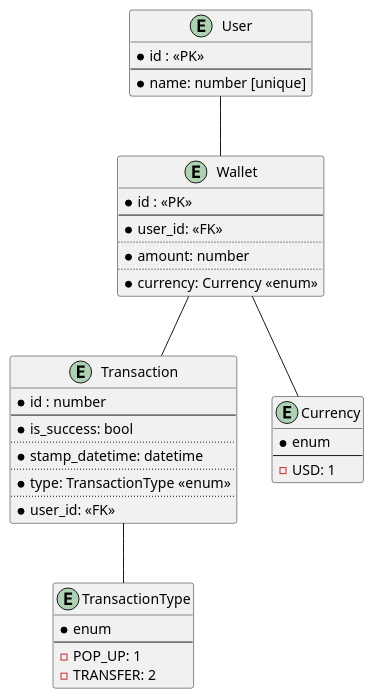
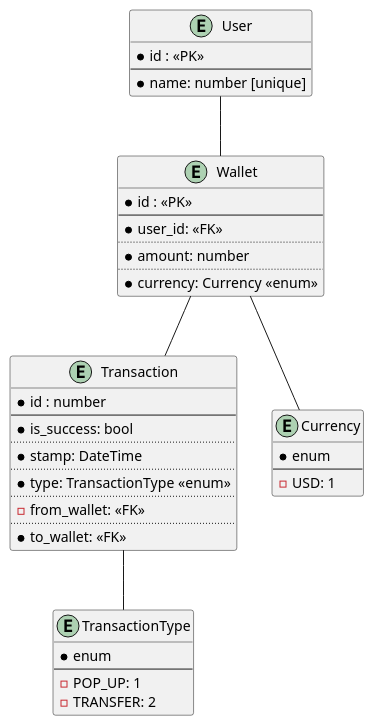
One commit to SeriousMarc/wallet-service changed the diagram in src/wallet_service/docs/db.puml. Above: the diagram before and after it, drawn with PlantUML. The commit also changed 8 other files, not shown here.

```diff
--- a/src/wallet_service/docs/db.puml
+++ b/src/wallet_service/docs/db.puml
@@ -1,49 +1,51 @@
 @startuml
 
 entity "User" as user {
   *id : <<PK>>
   --
   *name: number [unique]
 }
 
 entity "Wallet" as wallet {
   *id : <<PK>>
   --
   *user_id: <<FK>>
   ..
   *amount: number
   ..
   *currency: Currency <<enum>>
 }
 
 entity "Transaction" as transaction {
   *id : number
   --
   *is_success: bool
   ..
-  *stamp_datetime: datetime
+  *stamp: DateTime
   ..
   *type: TransactionType <<enum>>
   ..
-  *user_id: <<FK>>
+  -from_wallet: <<FK>>
+  ..
+  *to_wallet: <<FK>>
 }
 
 entity "Currency" as currency {
   *enum
   --
   -USD: 1
 }
 
 entity "TransactionType" as transaction_type {
   *enum
   --
   -POP_UP: 1
   -TRANSFER: 2
 }
 
 user -- wallet
 wallet -- transaction
 wallet -- currency
 transaction -- transaction_type
 
 @enduml
```
